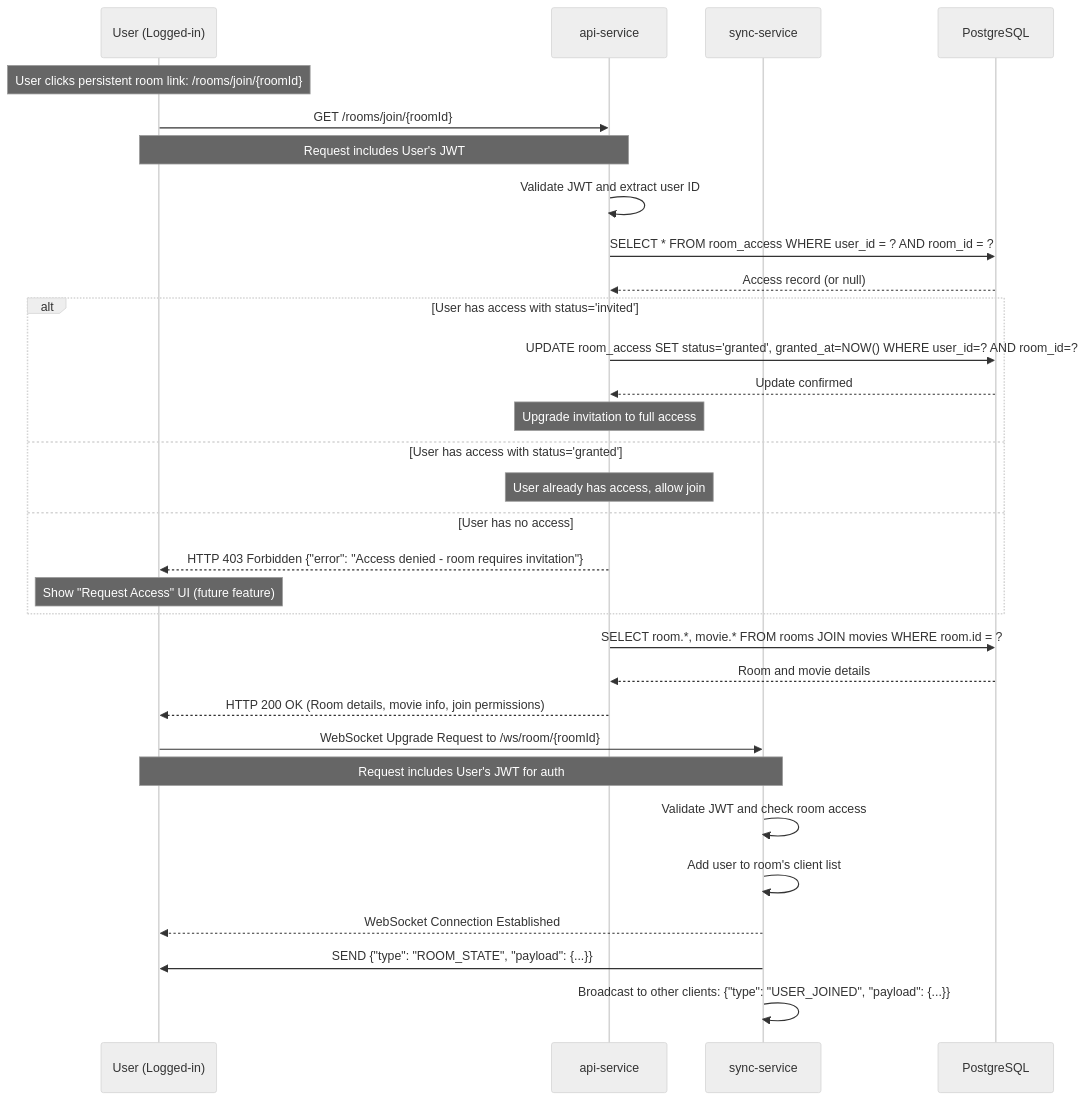
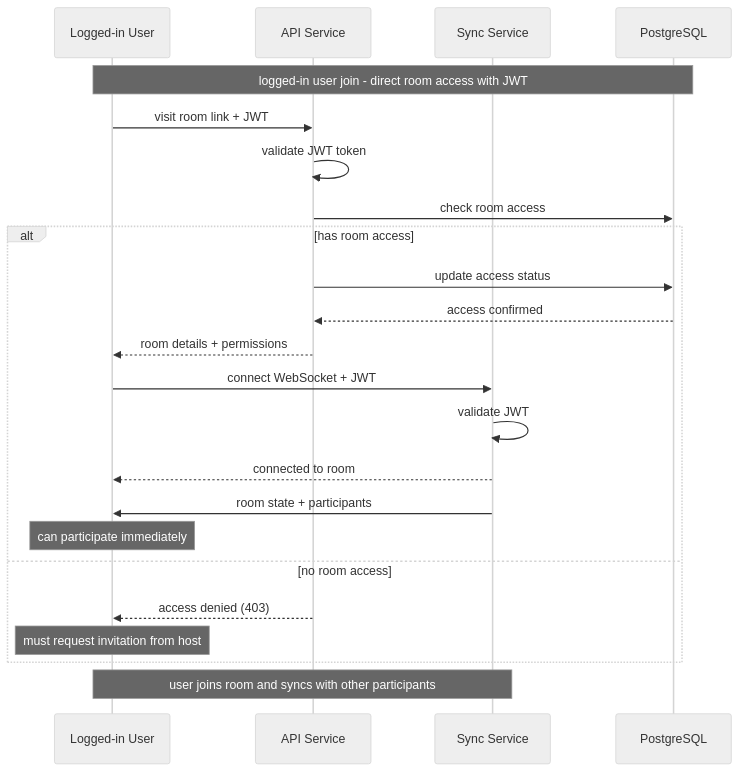
Before and after one commit to c3llus/watch-party: the diagram in docs/sequence-diagram/4-logged-in-user-joins-room.mermaid, drawn with Mermaid (neutral theme). The commit also changed 10 other files, not shown here.

Commit message:
chore(docs): updated erd and sequence diagram to match the current latest version

```diff
--- a/docs/sequence-diagram/4-logged-in-user-joins-room.mermaid
+++ b/docs/sequence-diagram/4-logged-in-user-joins-room.mermaid
@@ -1,36 +1,30 @@
 sequenceDiagram
-    participant U as User (Logged-in)
-    participant API as api-service
-    participant Sync as sync-service
+    participant User as Logged-in User
+    participant API as API Service
+    participant Sync as Sync Service
     participant DB as PostgreSQL
 
-    Note over U: User clicks persistent room link: /rooms/join/{roomId}
+    Note over User, DB: logged-in user join - direct room access with JWT
+
+    User->>API: visit room link + JWT
+    API->>API: validate JWT token
+    API->>DB: check room access
     
-    U->>API: GET /rooms/join/{roomId}
-    Note over U, API: Request includes User's JWT
-    API->>API: Validate JWT and extract user ID
-    API->>DB: SELECT * FROM room_access WHERE user_id = ? AND room_id = ?
-    DB-->>API: Access record (or null)
-    
-    alt User has access with status='invited'
-        API->>DB: UPDATE room_access SET status='granted', granted_at=NOW() WHERE user_id=? AND room_id=?
-        DB-->>API: Update confirmed
-        Note over API: Upgrade invitation to full access
-    else User has access with status='granted'
-        Note over API: User already has access, allow join
-    else User has no access
-        API-->>U: HTTP 403 Forbidden {"error": "Access denied - room requires invitation"}
-        Note over U: Show "Request Access" UI (future feature)
+    alt has room access
+        API->>DB: update access status
+        DB-->>API: access confirmed
+        API-->>User: room details + permissions
+        
+        User->>Sync: connect WebSocket + JWT
+        Sync->>Sync: validate JWT
+        Sync-->>User: connected to room
+        Sync->>User: room state + participants
+        
+        Note over User: can participate immediately
+    else no room access
+        API-->>User: access denied (403)
+        
+        Note over User: must request invitation from host
     end
-    
-    API->>DB: SELECT room.*, movie.* FROM rooms JOIN movies WHERE room.id = ?
-    DB-->>API: Room and movie details
-    API-->>U: HTTP 200 OK (Room details, movie info, join permissions)
 
-    U->>Sync: WebSocket Upgrade Request to /ws/room/{roomId}
-    Note over U, Sync: Request includes User's JWT for auth
-    Sync->>Sync: Validate JWT and check room access
-    Sync->>Sync: Add user to room's client list
-    Sync-->>U: WebSocket Connection Established
-    Sync->>U: SEND {"type": "ROOM_STATE", "payload": {...}}
-    Sync->>Sync: Broadcast to other clients: {"type": "USER_JOINED", "payload": {...}}
+    Note over User, Sync: user joins room and syncs with other participants
```
